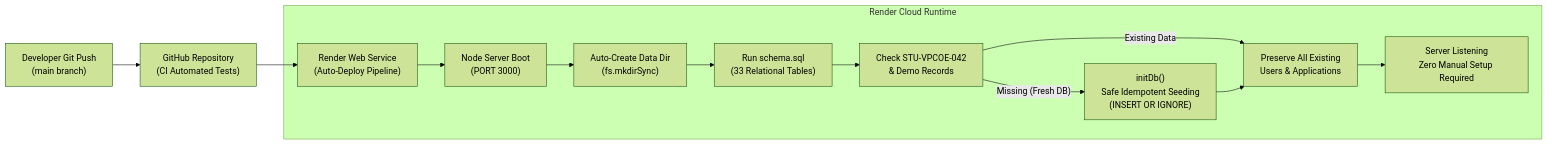
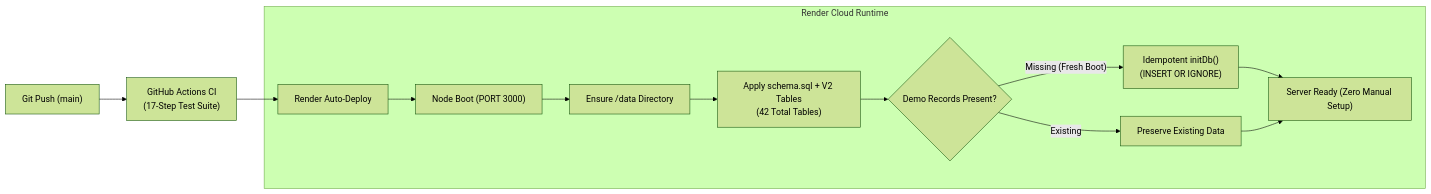
The second of 2 diagrams in README.md (nimeshsurvegg-lgtm/agentic-placement-intelligence), drawn with Mermaid (forest theme) before and after one commit. The commit also changed other lines of this file, not shown here.

````diff
--- a/README.md
+++ b/README.md
@@ -181,16 +241,31 @@
 ```mermaid
+
 flowchart LR
-    Dev["Developer Git Push\n(main branch)"] --> GitHub["GitHub Repository\n(CI Automated Tests)"]
-    GitHub --> Render["Render Web Service\n(Auto-Deploy Pipeline)"]
-    
-    subgraph CloudRuntime["Render Cloud Runtime"]
-        Render --> Boot["Node Server Boot\n(PORT 3000)"]
-        Boot --> DirCheck["Auto-Create Data Dir\n(fs.mkdirSync)"]
-        DirCheck --> SchemaInit["Run schema.sql\n(33 Relational Tables)"]
-        SchemaInit --> Check["Check STU-VPCOE-042\n& Demo Records"]
-        Check -->|"Missing (Fresh DB)"| AutoInit["initDb()\nSafe Idempotent Seeding\n(INSERT OR IGNORE)"]
-        Check -->|"Existing Data"| Ready["Preserve All Existing\nUsers & Applications"]
-        AutoInit --> Ready
-        Ready --> Listen["Server Listening\nZero Manual Setup Required"]
+
+    Dev["Git Push (main)"] --> GH["GitHub Actions CI\n(17-Step Test Suite)"]
+
+    GH --> Render["Render Auto-Deploy"]
+
+
+
+    subgraph Runtime["Render Cloud Runtime"]
+
+        Render --> Boot["Node Boot (PORT 3000)"]
+
+        Boot --> Dir["Ensure /data Directory"]
+
+        Dir --> Schema["Apply schema.sql + V2 Tables\n(42 Total Tables)"]
+
+        Schema --> Check{"Demo Records Present?"}
+
+        Check -->|"Missing (Fresh Boot)"| Seed["Idempotent initDb()\n(INSERT OR IGNORE)"]
+
+        Check -->|"Existing"| Preserve["Preserve Existing Data"]
+
+        Seed --> Ready["Server Ready (Zero Manual Setup)"]
+
+        Preserve --> Ready
+
     end
+
 ```
````
